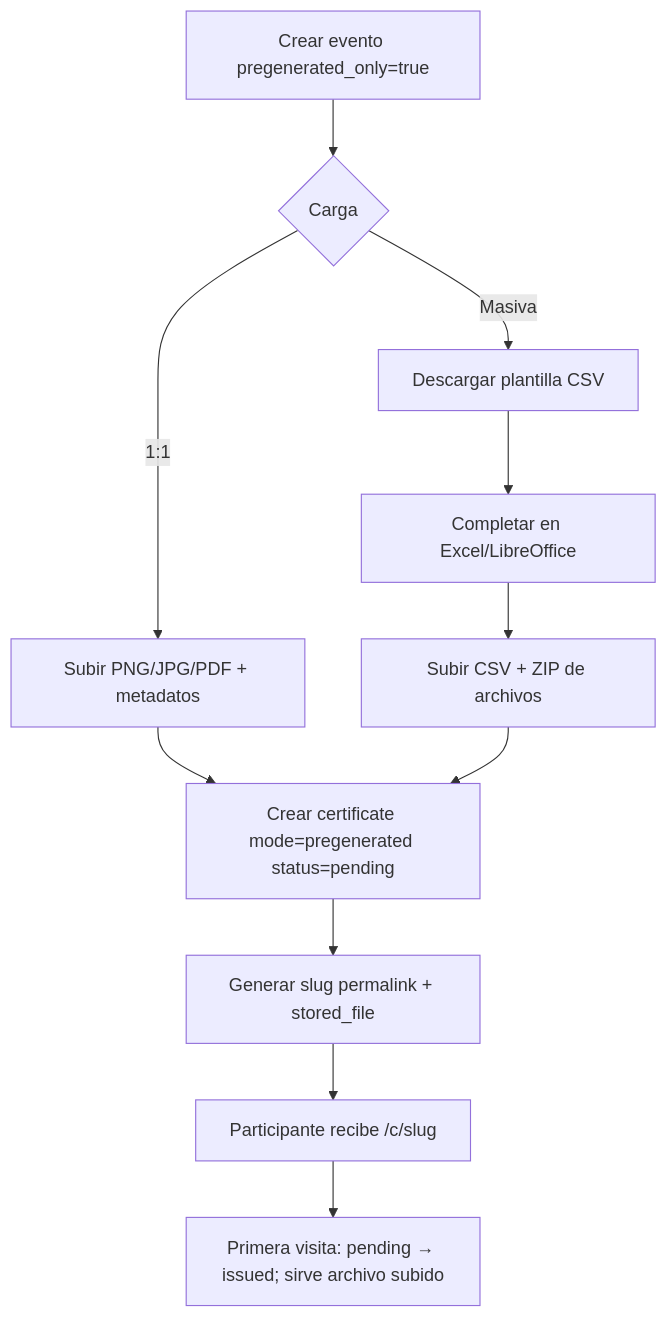
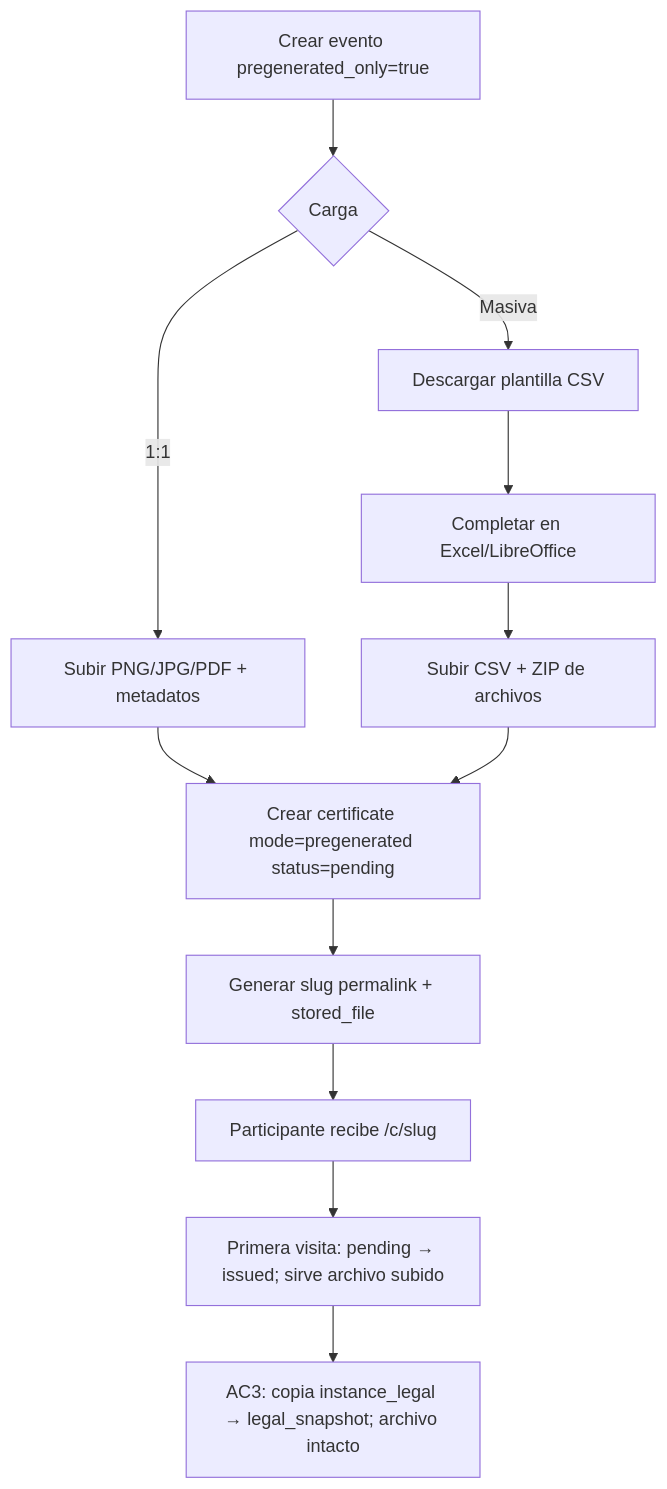
The sixth of 9 diagrams in docs/04-flujos-funcionales.md (OSMLatam/certificados), drawn with Mermaid before and after one commit. The commit also changed other lines of this file and 9 other files, not shown here.

First line of the commit message:
Update legal data handling and snapshot documentation for AC3

````diff
--- a/docs/04-flujos-funcionales.md
+++ b/docs/04-flujos-funcionales.md
@@ -208,13 +208,14 @@
 ```mermaid
 flowchart TD
     A[Crear evento pregenerated_only=true] --> B{Carga}
     B -->|1:1| C[Subir PNG/JPG/PDF + metadatos]
     B -->|Masiva| D[Descargar plantilla CSV]
     D --> E[Completar en Excel/LibreOffice]
     E --> F[Subir CSV + ZIP de archivos]
     C --> G[Crear certificate mode=pregenerated status=pending]
     F --> G
     G --> H[Generar slug permalink + stored_file]
     H --> I[Participante recibe /c/slug]
     I --> J[Primera visita: pending → issued; sirve archivo subido]
+    J --> K[AC3: copia instance_legal → legal_snapshot; archivo intacto]
 ```
````
